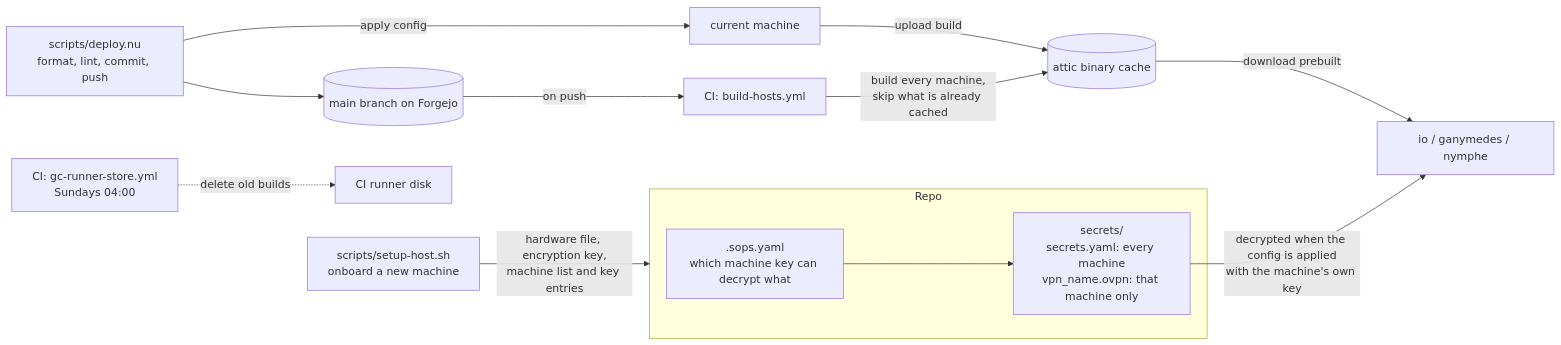
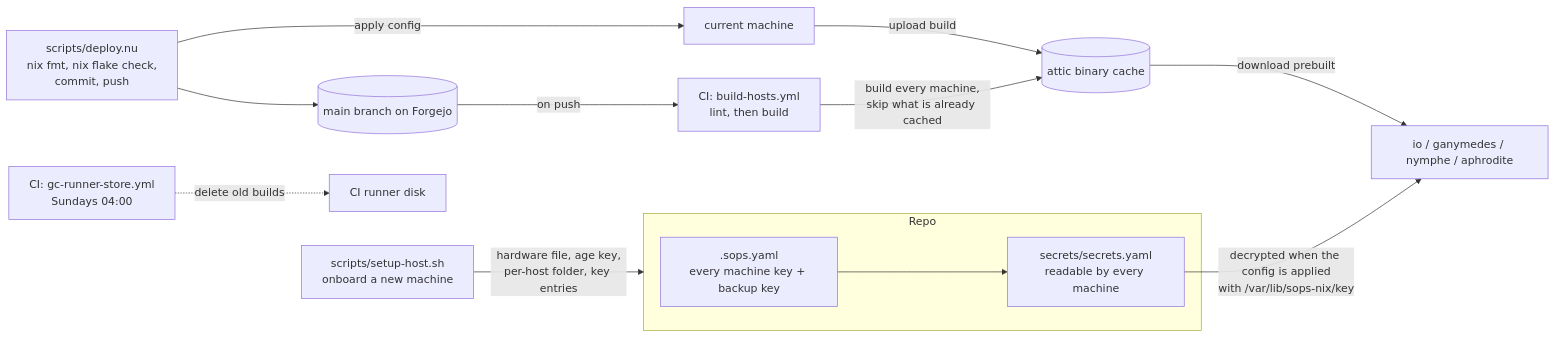
Before and after one commit to 68656c6c/celestial: the second of 2 diagrams in docs/structure.md, drawn with Mermaid. The commit also changed other lines of this file and 1 other file, not shown here.

````diff
--- a/docs/structure.md
+++ b/docs/structure.md
@@ -143,21 +144,21 @@
 ```mermaid
 flowchart LR
     subgraph repo["Repo"]
-        sopscfg[".sops.yaml<br/>which machine key can decrypt what"]
-        secrets["secrets/<br/>secrets.yaml: every machine<br/>vpn_name.ovpn: that machine only"]
+        sopscfg[".sops.yaml<br/>every machine key + backup key"]
+        secrets["secrets/secrets.yaml<br/>readable by every machine"]
         sopscfg --> secrets
     end
 
-    setup["scripts/setup-host.sh<br/>onboard a new machine"] -->|"hardware file, encryption key,<br/>machine list and key entries"| repo
+    setup["scripts/setup-host.sh<br/>onboard a new machine"] -->|"hardware file, age key,<br/>per-host folder, key entries"| repo
 
-    deploy["scripts/deploy.nu<br/>format, lint, commit, push"] --> main[("main branch on Forgejo")]
+    deploy["scripts/deploy.nu<br/>nix fmt, nix flake check,<br/>commit, push"] --> main[("main branch on Forgejo")]
     deploy -->|"apply config"| local["current machine"]
     local -->|"upload build"| attic[("attic binary cache")]
 
-    main -->|"on push"| ci["CI: build-hosts.yml"]
+    main -->|"on push"| ci["CI: build-hosts.yml<br/>lint, then build"]
     ci -->|"build every machine,<br/>skip what is already cached"| attic
     gc["CI: gc-runner-store.yml<br/>Sundays 04:00"] -.->|"delete old builds"| runner["CI runner disk"]
 
-    attic -->|"download prebuilt"| hostsbox["io / ganymedes / nymphe"]
-    secrets -->|"decrypted when the config is applied<br/>with the machine's own key"| hostsbox
+    attic -->|"download prebuilt"| hostsbox["io / ganymedes / nymphe / aphrodite"]
+    secrets -->|"decrypted when the config is applied<br/>with /var/lib/sops-nix/key"| hostsbox
 ```
````
